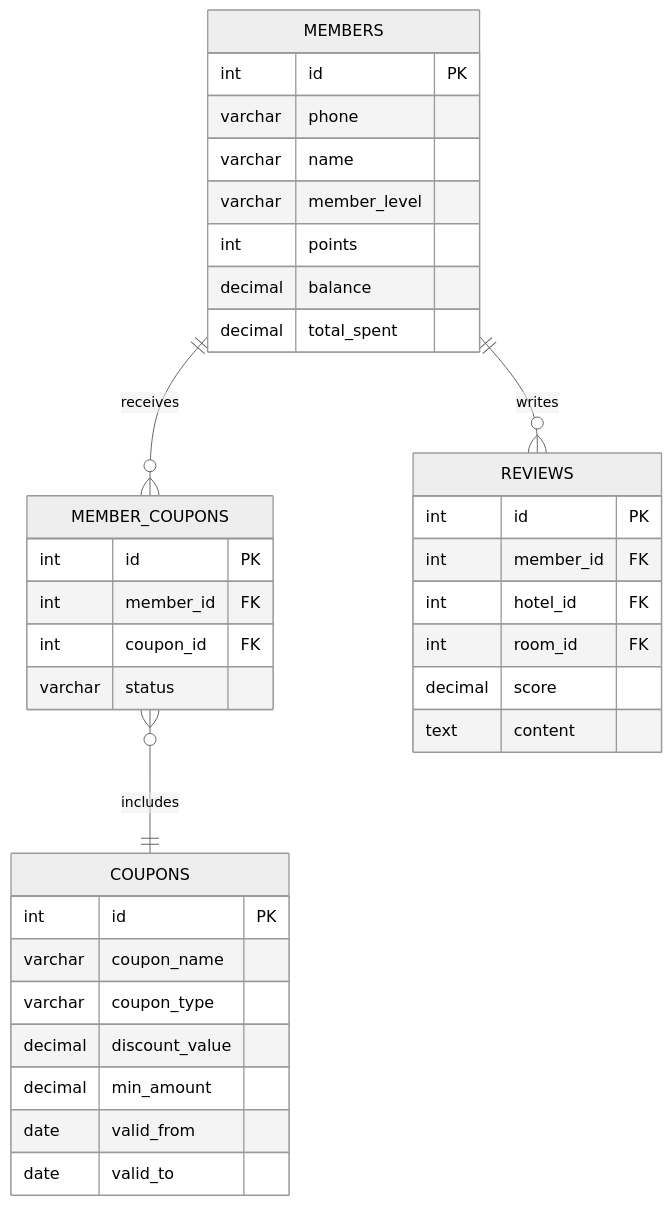
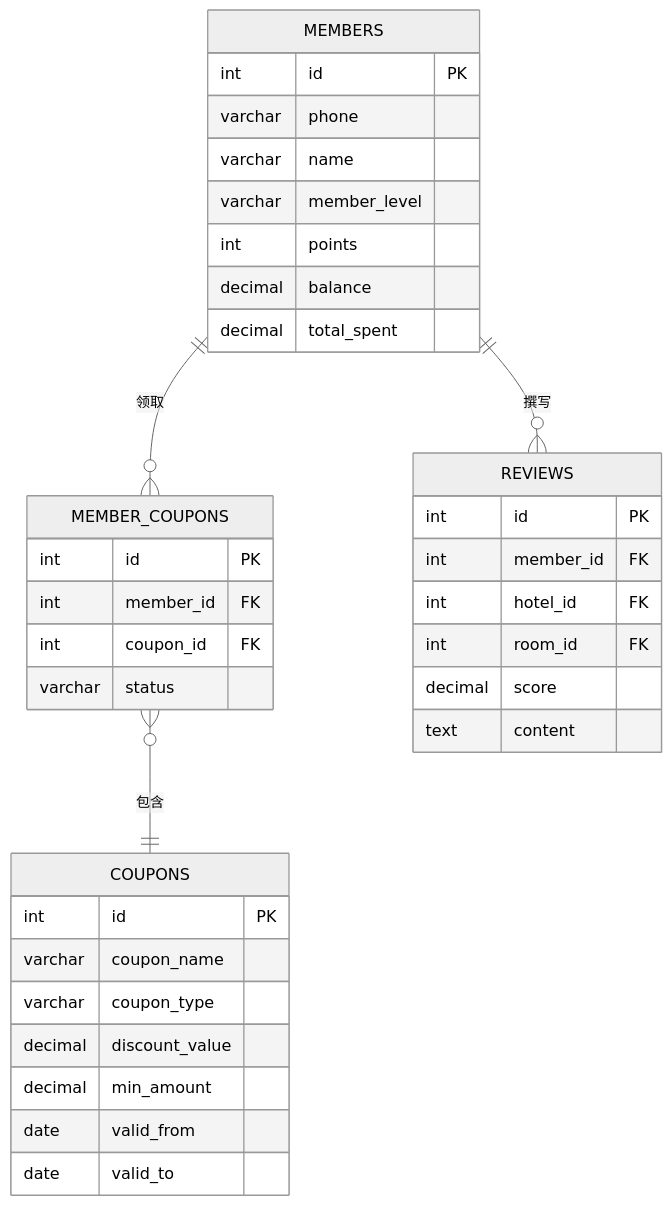
The fifth of 12 diagrams in docs/database_er_diagram.md (choisaaaaa/IoT_Smart_Hotel_System), drawn with Mermaid (neutral theme) before and after one commit. The commit also changed other lines of this file, not shown here.

Commit message:
docs(database): 更新数据库ER图中关系描述为中文

````diff
--- a/docs/database_er_diagram.md
+++ b/docs/database_er_diagram.md
@@ -281,38 +242,38 @@
 ```mermaid
 erDiagram
     MEMBERS {
         int id PK
         varchar phone
         varchar name
         varchar member_level
         int points
         decimal balance
         decimal total_spent
     }
     COUPONS {
         int id PK
         varchar coupon_name
         varchar coupon_type
         decimal discount_value
         decimal min_amount
         date valid_from
         date valid_to
     }
     MEMBER_COUPONS {
         int id PK
         int member_id FK
         int coupon_id FK
         varchar status
     }
     REVIEWS {
         int id PK
         int member_id FK
         int hotel_id FK
         int room_id FK
         decimal score
         text content
     }
-    MEMBERS ||--o{ MEMBER_COUPONS : receives
-    MEMBER_COUPONS }o--|| COUPONS : includes
-    MEMBERS ||--o{ REVIEWS : writes
+    MEMBERS ||--o{ MEMBER_COUPONS : "领取"
+    MEMBER_COUPONS }o--|| COUPONS : "包含"
+    MEMBERS ||--o{ REVIEWS : "撰写"
 ```
````
